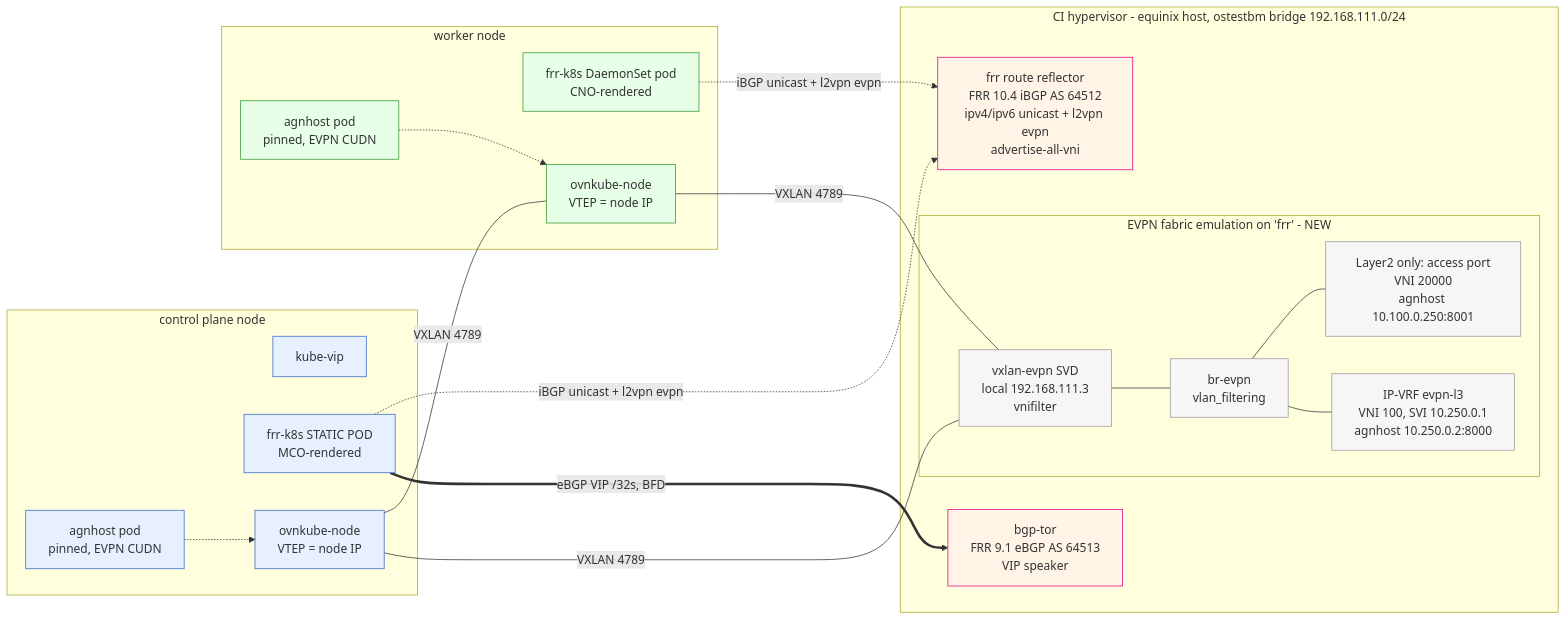
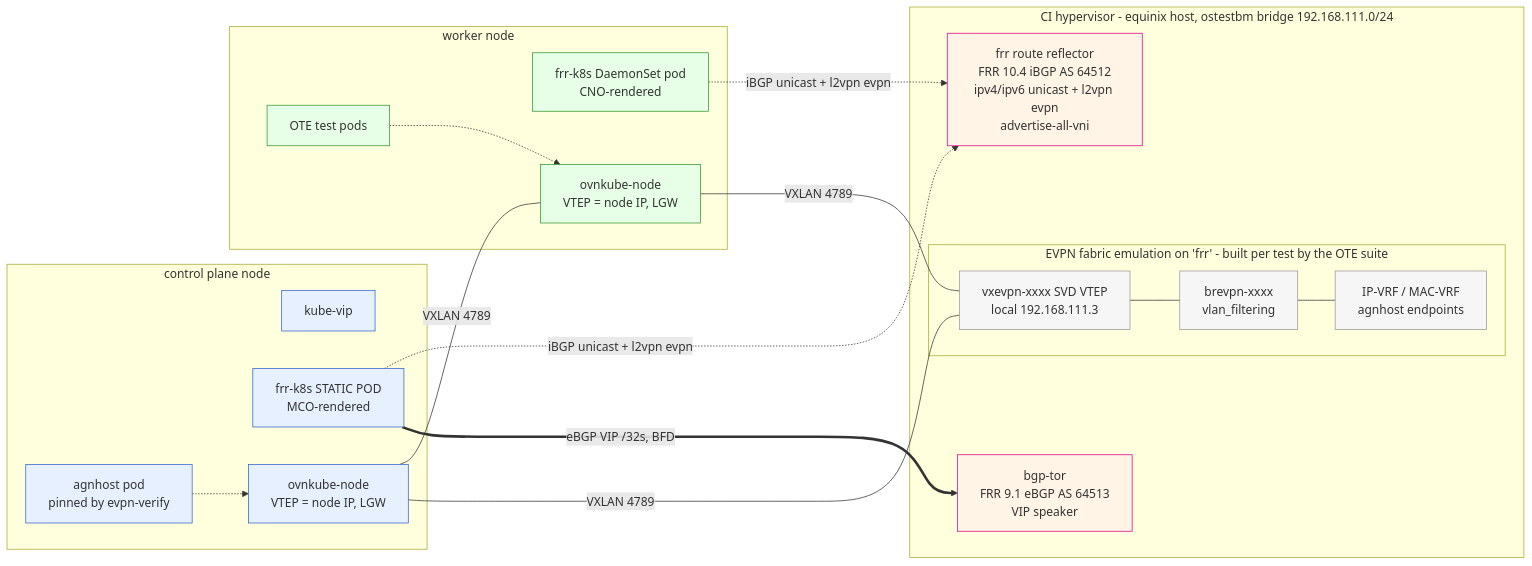
The diagram in drawings/bgp-vip-evpn-topology.mmd (mkowalski/bgp-vip-demo), drawn with Mermaid before and after one commit. The commit also changed 11 other files, not shown here.

First line of the commit message:
OPNET-815: record the same-day redesign around the ovn-k OTE suite

```diff
--- a/drawings/bgp-vip-evpn-topology.mmd
+++ b/drawings/bgp-vip-evpn-topology.mmd
@@ -1,39 +1,37 @@
 flowchart LR
     classDef hv fill:#fff4e6,stroke:#d08
     classDef master fill:#e6f0ff,stroke:#36c
     classDef worker fill:#e6ffe6,stroke:#393
     classDef ext fill:#f6f6f6,stroke:#999
 
     subgraph HV[CI hypervisor - equinix host, ostestbm bridge 192.168.111.0/24]
         TOR[bgp-tor<br/>FRR 9.1 eBGP AS 64513<br/>VIP speaker]:::hv
         RR[frr route reflector<br/>FRR 10.4 iBGP AS 64512<br/>ipv4/ipv6 unicast + l2vpn evpn<br/>advertise-all-vni]:::hv
-        subgraph EXT[EVPN fabric emulation on 'frr' - NEW]
-            VX[vxlan-evpn SVD<br/>local 192.168.111.3<br/>vnifilter]:::ext
-            BR[br-evpn<br/>vlan_filtering]:::ext
-            VRF[IP-VRF evpn-l3<br/>VNI 100, SVI 10.250.0.1<br/>agnhost 10.250.0.2:8000]:::ext
-            L2P[Layer2 only: access port<br/>VNI 20000<br/>agnhost 10.100.0.250:8001]:::ext
+        subgraph EXT[EVPN fabric emulation on 'frr' - built per test by the OTE suite]
+            VX[vxevpn-xxxx SVD VTEP<br/>local 192.168.111.3]:::ext
+            BR[brevpn-xxxx<br/>vlan_filtering]:::ext
+            VRF[IP-VRF / MAC-VRF<br/>agnhost endpoints]:::ext
             VX --- BR --- VRF
-            BR --- L2P
         end
     end
 
     subgraph M[control plane node]
         KV[kube-vip]:::master
         SP[frr-k8s STATIC POD<br/>MCO-rendered]:::master
-        OVNM[ovnkube-node<br/>VTEP = node IP]:::master
-        PM[agnhost pod<br/>pinned, EVPN CUDN]:::master
+        OVNM[ovnkube-node<br/>VTEP = node IP, LGW]:::master
+        PM[agnhost pod<br/>pinned by evpn-verify]:::master
     end
     subgraph W[worker node]
         DS[frr-k8s DaemonSet pod<br/>CNO-rendered]:::worker
-        OVNW[ovnkube-node<br/>VTEP = node IP]:::worker
-        PW[agnhost pod<br/>pinned, EVPN CUDN]:::worker
+        OVNW[ovnkube-node<br/>VTEP = node IP, LGW]:::worker
+        PW[OTE test pods]:::worker
     end
 
     SP == eBGP VIP /32s, BFD ==> TOR
     SP -. iBGP unicast + l2vpn evpn .-> RR
     DS -. iBGP unicast + l2vpn evpn .-> RR
     OVNM -- VXLAN 4789 --- VX
     OVNW -- VXLAN 4789 --- VX
     OVNM -- VXLAN 4789 --- OVNW
     PM -.-> OVNM
     PW -.-> OVNW
```
